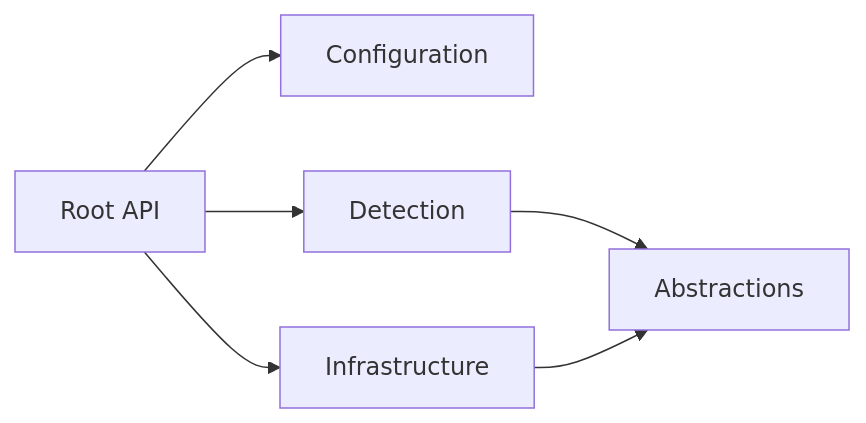
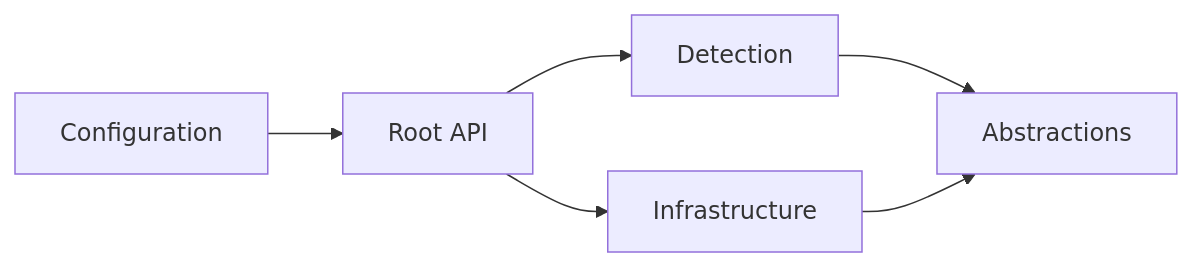
One commit to tomtastisch/FileClassifier changed the first of 3 diagrams in src/FileTypeDetection/INDEX.md. Above: the diagram before and after it, drawn with Mermaid.

Commit message:
docs(index): align architecture flow direction
- updates mermaid flow to show Configuration feeding Root API in module index\n- keeps documentation state consistent between local main and origin/main

````diff
--- a/src/FileTypeDetection/INDEX.md
+++ b/src/FileTypeDetection/INDEX.md
@@ -30,8 +30,8 @@
 ```mermaid
 flowchart LR
-    API[Root API] --> CFG[Configuration]
+    CFG[Configuration]--> API[Root API]
     API --> DET[Detection]
     API --> INF[Infrastructure]
     DET --> ABS[Abstractions]
     INF --> ABS
 ```
````
